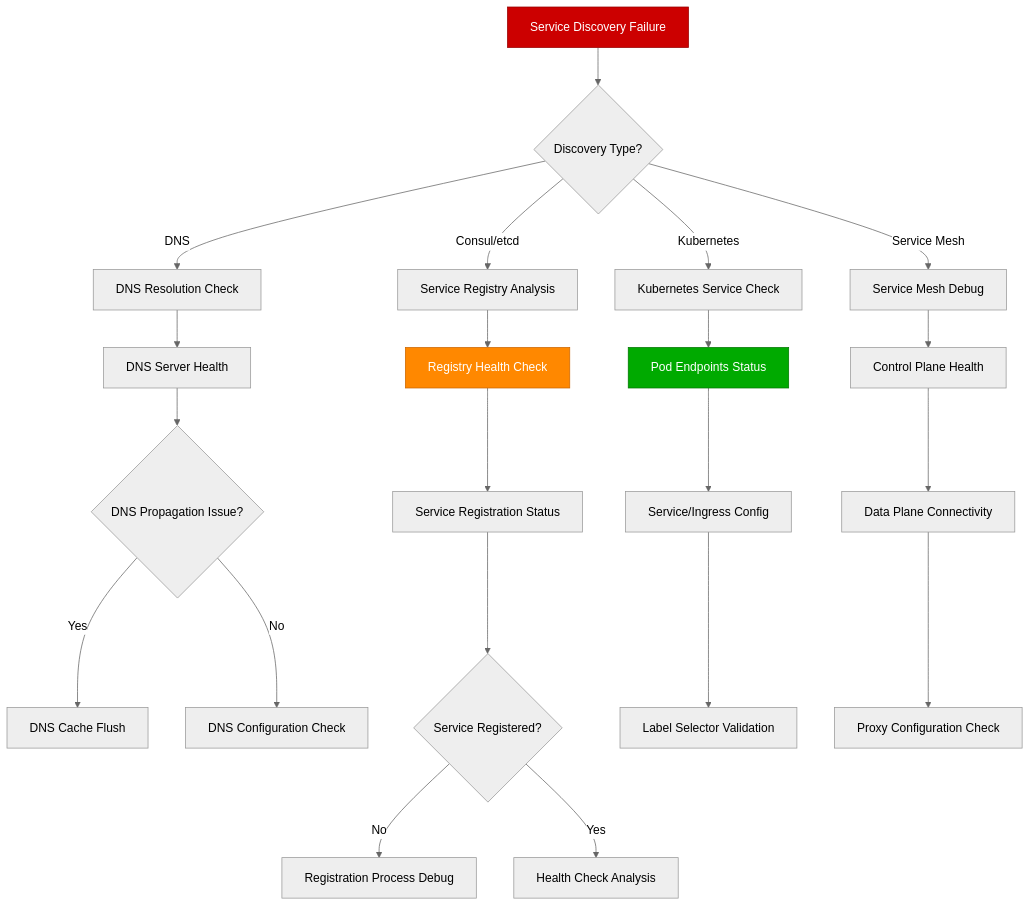
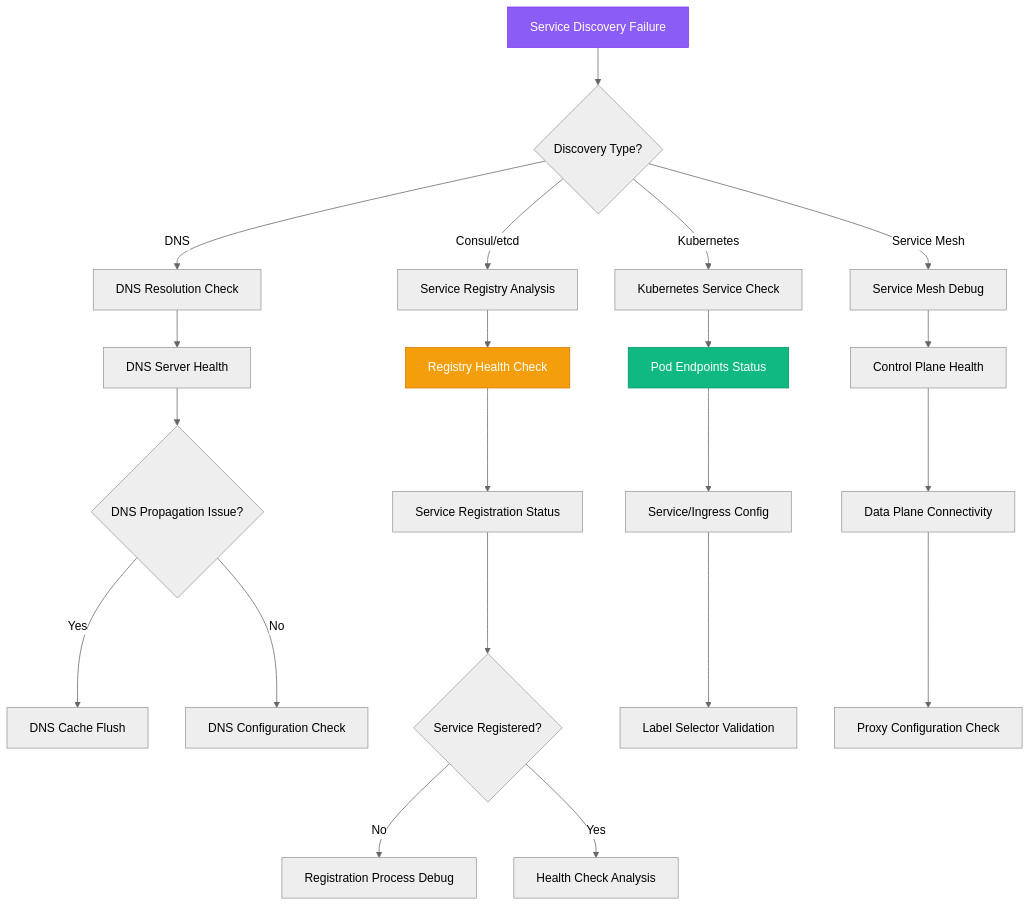
One commit to deepaucksharma/DS changed the diagram in site/docs/debugging/service-discovery-failures.md. Above: the diagram before and after it, drawn with Mermaid (neutral theme). The commit also changed 303 other files, not shown here.

````diff
--- a/site/docs/debugging/service-discovery-failures.md
+++ b/site/docs/debugging/service-discovery-failures.md
@@ -11,34 +11,34 @@
 ```mermaid
 graph TD
     A[Service Discovery Failure] --> B{Discovery Type?}
     B -->|DNS| C[DNS Resolution Check]
     B -->|Consul/etcd| D[Service Registry Analysis]
     B -->|Kubernetes| E[Kubernetes Service Check]
     B -->|Service Mesh| F[Service Mesh Debug]
 
     C --> G[DNS Server Health]
     G --> H{DNS Propagation Issue?}
 
     D --> I[Registry Health Check]
     I --> J[Service Registration Status]
 
     E --> K[Pod Endpoints Status]
     K --> L[Service/Ingress Config]
 
     F --> M[Control Plane Health]
     M --> N[Data Plane Connectivity]
 
     H -->|Yes| O[DNS Cache Flush]
     H -->|No| P[DNS Configuration Check]
 
     J --> Q{Service Registered?}
     Q -->|No| R[Registration Process Debug]
     Q -->|Yes| S[Health Check Analysis]
 
     L --> T[Label Selector Validation]
     N --> U[Proxy Configuration Check]
 
-    style A fill:#CC0000,stroke:#990000,color:#fff
-    style I fill:#FF8800,stroke:#CC6600,color:#fff
-    style K fill:#00AA00,stroke:#007700,color:#fff
+    style A fill:#8B5CF6,stroke:#7C3AED,color:#fff
+    style I fill:#F59E0B,stroke:#D97706,color:#fff
+    style K fill:#10B981,stroke:#059669,color:#fff
 ```
````
